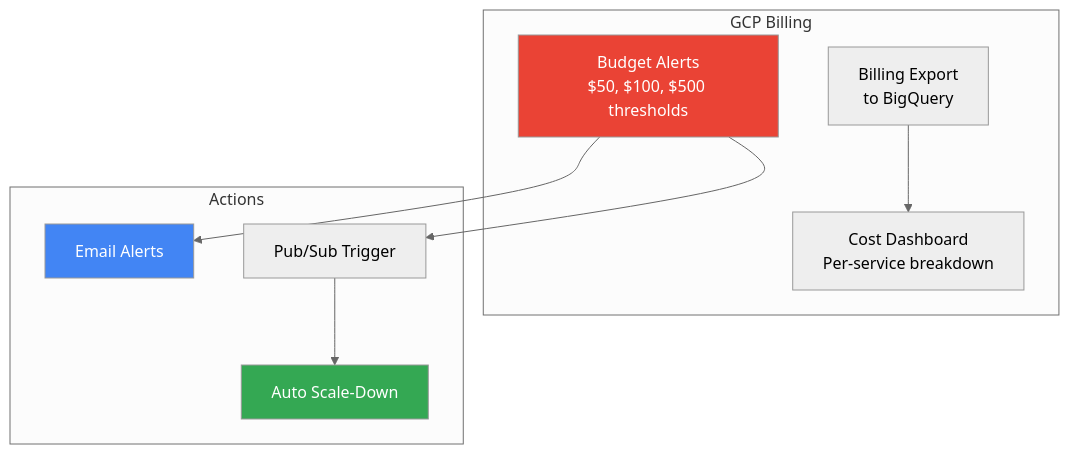
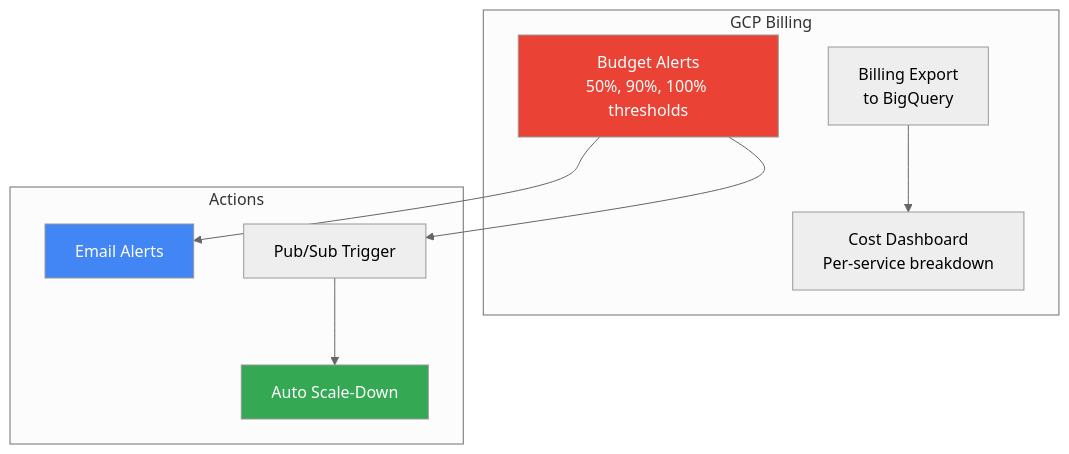
Before and after one commit to gadekar-pravin/InsightAgent: diagram 23 of 23 in ARCHITECTURE.md, drawn with Mermaid (neutral theme). The commit also changed other lines of this file, not shown here.

First line of the commit message:
Fix doc/code mismatches in architecture cost controls

````diff
--- a/ARCHITECTURE.md
+++ b/ARCHITECTURE.md
@@ -952,23 +952,23 @@
 ```mermaid
 flowchart TB
     subgraph "GCP Billing"
-        BUDGET[Budget Alerts<br/>$50, $100, $500 thresholds]
+        BUDGET[Budget Alerts<br/>50%, 90%, 100% thresholds]
         EXPORT[Billing Export<br/>to BigQuery]
         DASH[Cost Dashboard<br/>Per-service breakdown]
     end
 
     subgraph "Actions"
         EMAIL[Email Alerts]
         PUBSUB[Pub/Sub Trigger]
         SCALE[Auto Scale-Down]
     end
 
     BUDGET --> EMAIL
     BUDGET --> PUBSUB
     PUBSUB --> SCALE
     EXPORT --> DASH
 
     style BUDGET fill:#EA4335,color:#fff
     style EMAIL fill:#4285F4,color:#fff
     style SCALE fill:#34A853,color:#fff
 ```
````
